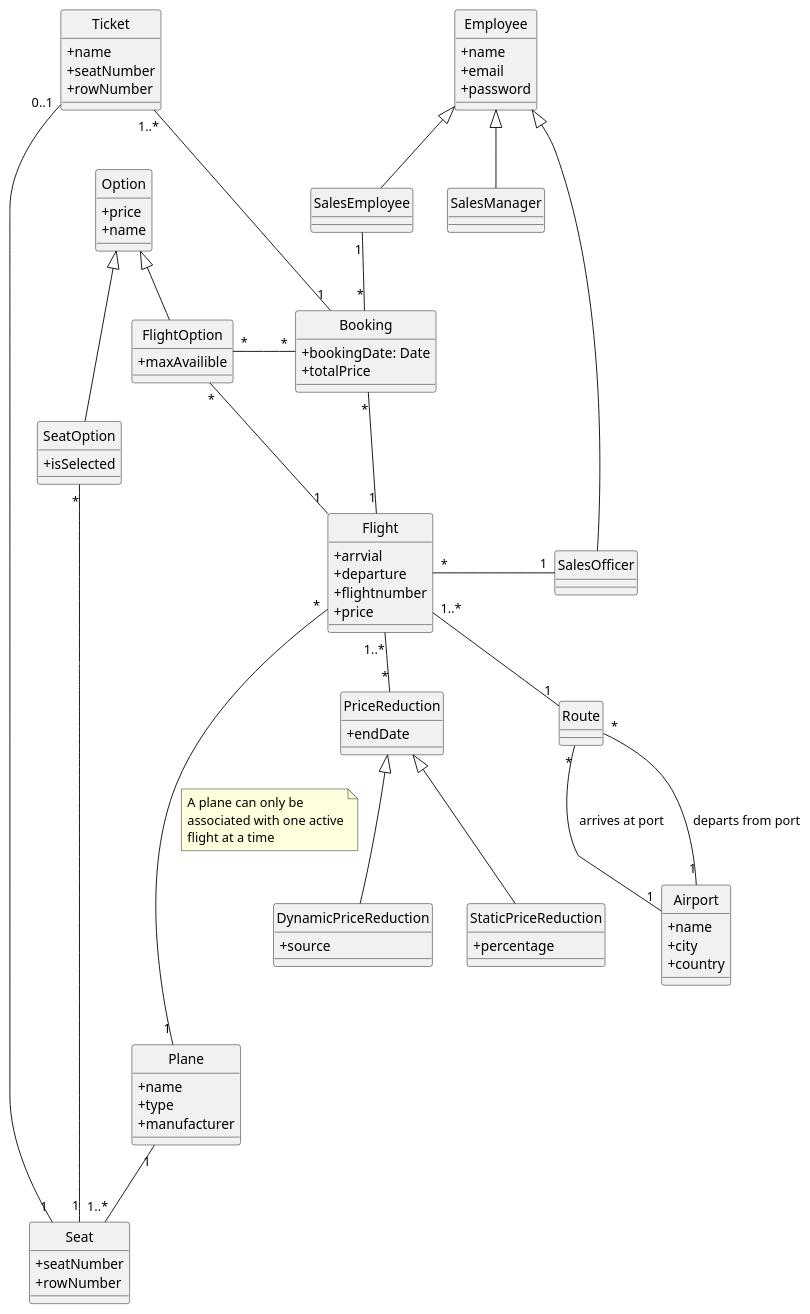
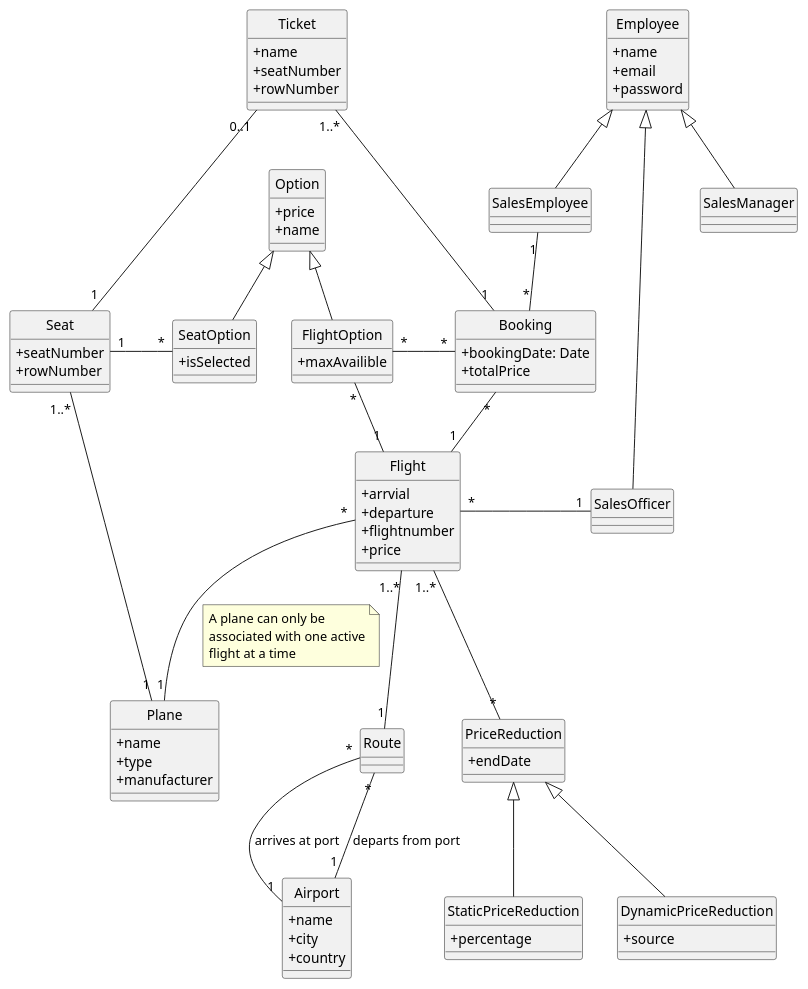
The diagram in analysis/domain_model.plantuml (Niklas-Mezynski/fontys-prj2-2021-prj2-2021-02), drawn with PlantUML before and after one commit. The commit also changed 2 other files, not shown here.

```diff
--- a/analysis/domain_model.plantuml
+++ b/analysis/domain_model.plantuml
@@ -1,109 +1,109 @@
 @startuml test
 skinparam classAttributeIconSize 0
 skinparam componentStyle uml2
 'left to right direction
 hide circle
 
 class Flight {
     +arrvial
     +departure
     +flightnumber
     +price
 }
 
 
 class PriceReduction {
     +endDate
 }
 
 class StaticPriceReduction extends PriceReduction {
     +percentage
 }
 
 class DynamicPriceReduction extends PriceReduction {
     +source
 }
 
 class Route {
 }
 
 class Airport {
     +name
     +city
     +country
 }
 
 class Booking {
     +bookingDate: Date
     +totalPrice
 }
 
 class Ticket {
     +name
     +seatNumber
     +rowNumber
 }
 
 class Plane {
     +name
     +type
     +manufacturer
 }
 
 class Seat {
     +seatNumber
     +rowNumber
 }
 
 class Option {
     +price
     +name
 }
 
 class SeatOption extends Option {
     +isSelected
 }
 
 class FlightOption extends Option {
     +maxAvailible
 }
 
 class Employee {
     +name
     +email
     +password
 }
 
 class SalesEmployee extends Employee {
 
 }
 
 class SalesOfficer extends Employee {
 
 }
 
 class SalesManager extends Employee {
 
 }
 
 Booking "*" -- "1" Flight
-SalesOfficer "1" -left- "*" Flight: \t\t\t
+SalesOfficer "1" -l- "*" Flight: \t\t\t
 SalesEmployee "1" -- "*" Booking
 Ticket "1..*" --- "1" Booking
 Flight "1..*" -- "1" Route
 Route "*" -- "1" Airport: arrives at port
 Route "*" -- "1" Airport: departs from port
 Flight "1..*" -- "*" PriceReduction
-SeatOption "*" - "1" Seat
-Plane "1" -- "1..*" Seat: \t
-Flight "*" ---- "1" Plane
+SeatOption "*" - "1" Seat: \t
+Plane "1" -left- "1..*" Seat: \t
+Flight "*" -- "1" Plane
 note on link
 A plane can only be
 associated with one active
 flight at a time
 end note
 Ticket "0..1" -- "1" Seat
 FlightOption "*" - "1" Flight
 FlightOption "*" - "*" Booking: \t
 
 @enduml
```
